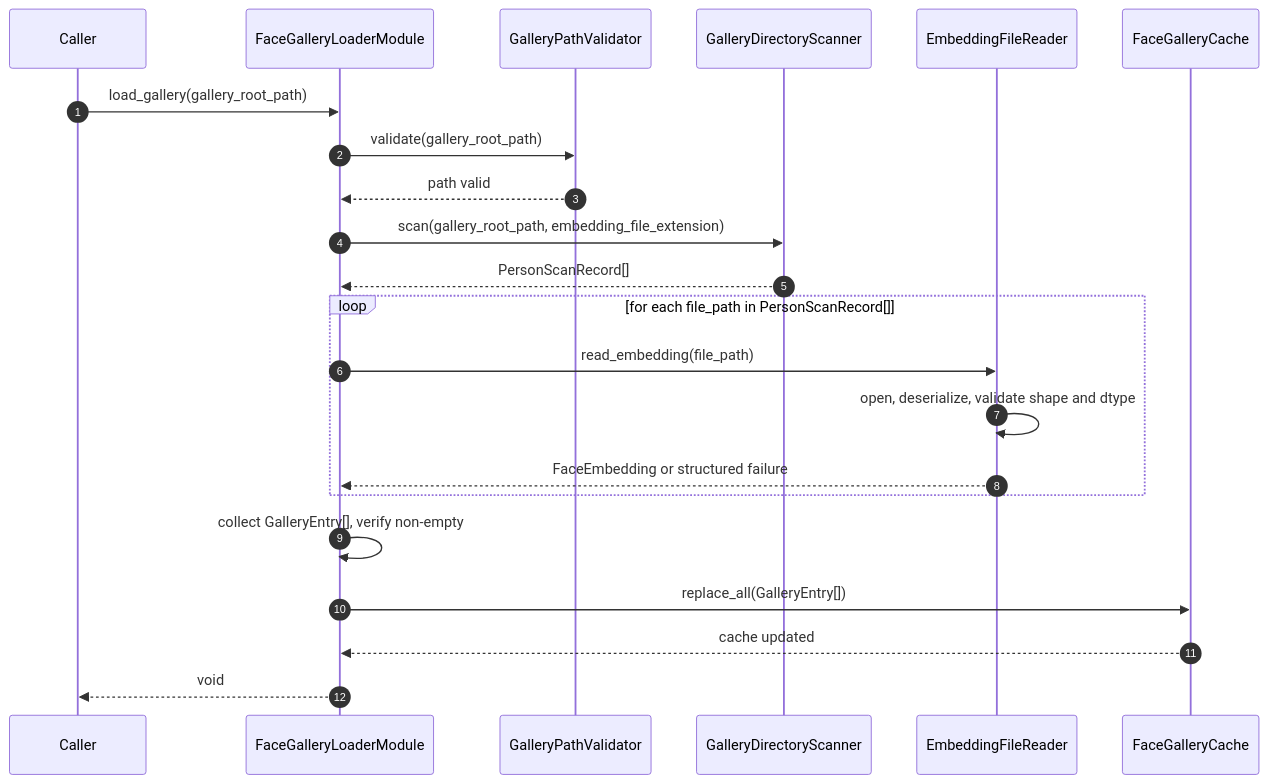
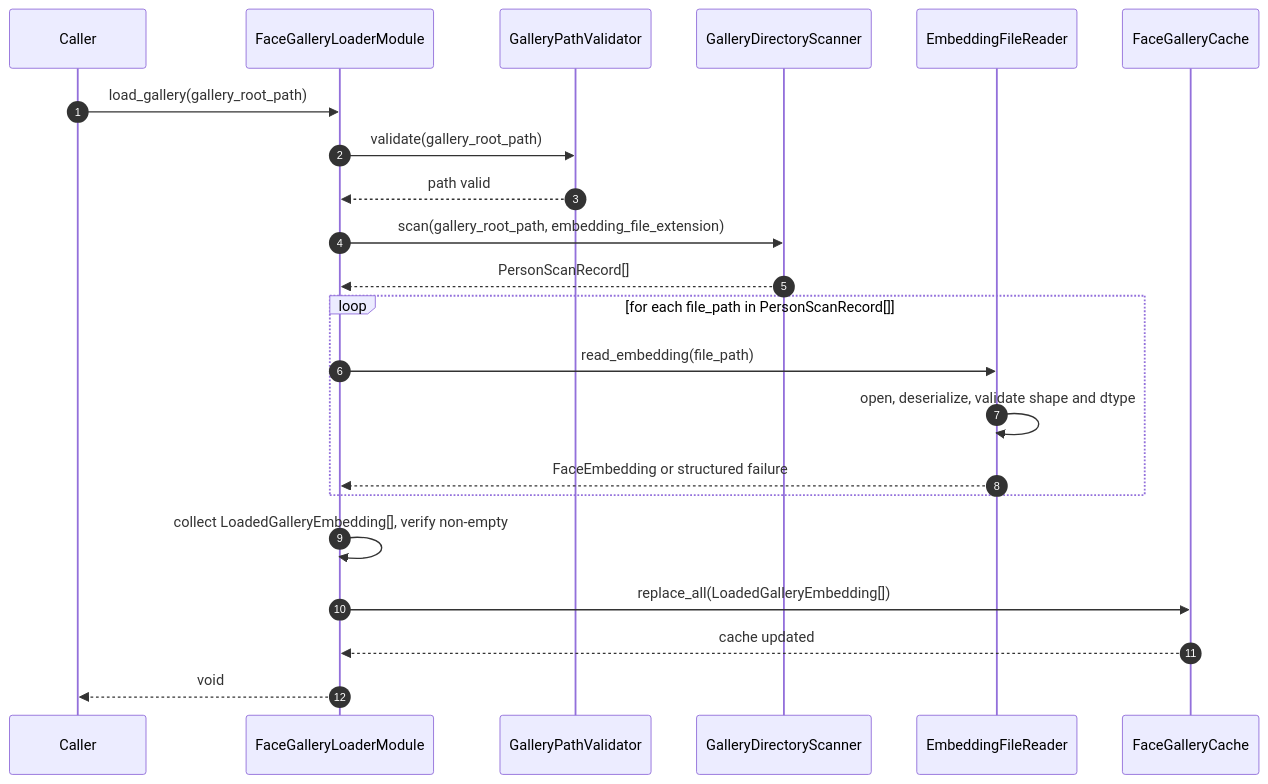
Before and after one commit to talifruman/camera-recognition: the second of 3 diagrams in doc/image_processing_service/face_gallery_loader.md, drawn with Mermaid. The commit also changed other lines of this file and 203 other files, not shown here.

````diff
--- a/doc/image_processing_service/face_gallery_loader.md
+++ b/doc/image_processing_service/face_gallery_loader.md
@@ -450,25 +467,25 @@
 ```mermaid
 sequenceDiagram
     autonumber
     participant Caller
     participant FaceGalleryLoaderModule
     participant GalleryPathValidator
     participant GalleryDirectoryScanner
     participant EmbeddingFileReader
     participant FaceGalleryCache
 
     Caller->>FaceGalleryLoaderModule: load_gallery(gallery_root_path)
     FaceGalleryLoaderModule->>GalleryPathValidator: validate(gallery_root_path)
     GalleryPathValidator-->>FaceGalleryLoaderModule: path valid
     FaceGalleryLoaderModule->>GalleryDirectoryScanner: scan(gallery_root_path, embedding_file_extension)
     GalleryDirectoryScanner-->>FaceGalleryLoaderModule: PersonScanRecord[]
     loop for each file_path in PersonScanRecord[]
         FaceGalleryLoaderModule->>EmbeddingFileReader: read_embedding(file_path)
         EmbeddingFileReader->>EmbeddingFileReader: open, deserialize, validate shape and dtype
         EmbeddingFileReader-->>FaceGalleryLoaderModule: FaceEmbedding or structured failure
     end
-    FaceGalleryLoaderModule->>FaceGalleryLoaderModule: collect GalleryEntry[], verify non-empty
-    FaceGalleryLoaderModule->>FaceGalleryCache: replace_all(GalleryEntry[])
+    FaceGalleryLoaderModule->>FaceGalleryLoaderModule: collect LoadedGalleryEmbedding[], verify non-empty
+    FaceGalleryLoaderModule->>FaceGalleryCache: replace_all(LoadedGalleryEmbedding[])
     FaceGalleryCache-->>FaceGalleryLoaderModule: cache updated
     FaceGalleryLoaderModule-->>Caller: void
 ```
````
